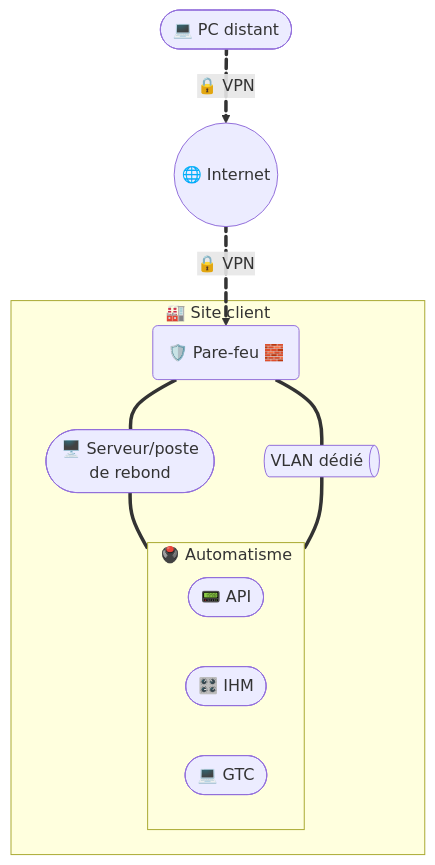
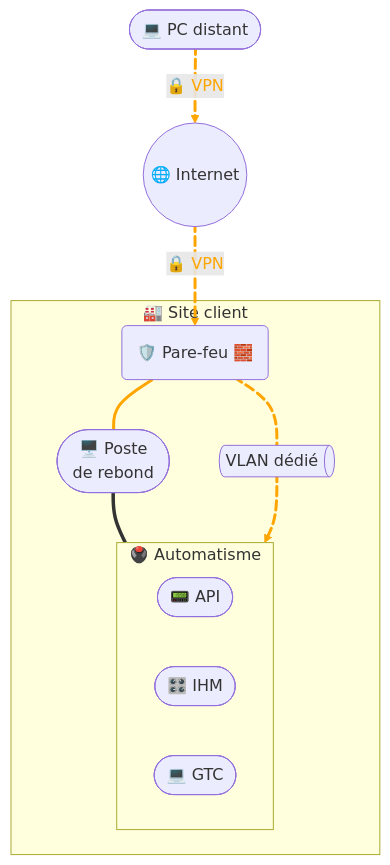
Before and after one commit to JohannPx/network-architectures: the diagram in docs/remote-access/remote-access-vpn.md, drawn with Mermaid. The commit also changed 1 other file, not shown here.

Commit message:
update all remote-access

````diff
--- a/docs/remote-access/remote-access-vpn.md
+++ b/docs/remote-access/remote-access-vpn.md
@@ -5,32 +5,42 @@
 ```mermaid
 flowchart TB
 
     remote([💻 PC distant])
 
     internet((🌐 Internet))
 
     subgraph site [🏭 Site client]
         fw(🛡️ Pare-feu 🧱)
         vlan@{ shape: das, label: "VLAN dédié" }
-        jumpServer([🖥️ Serveur/poste
+        jumpServer([🖥️ Poste
         de rebond])
         subgraph automation [🖲️ Automatisme]
             direction RL
             plc([📟 API])
             hmi([🎛️ IHM])
             gtc([💻 GTC])
         end
     end
 
     remote e2@== 🔒 VPN ==> internet
     e2@{ animation: fast }
 
     internet e1@== 🔒 VPN ==> fw
     e1@{ animation: fast }
 
-    fw === vlan
+    fw e3@=== vlan
+    e3@{ animation: fast }
+
     fw === jumpServer
+
     jumpServer === automation
-    vlan === automation
 
+    vlan e4@==> automation
+    e4@{ animation: fast }
+
+    linkStyle 0 stroke:orange,stroke-width:3px,color:orange;
+    linkStyle 1 stroke:orange,stroke-width:3px,color:orange;
+    linkStyle 2 stroke:orange,stroke-width:3px,color:orange;
+    linkStyle 3 stroke:orange,stroke-width:3px,color:orange;
+    linkStyle 5 stroke:orange,stroke-width:3px,color:orange;
 ```
````
